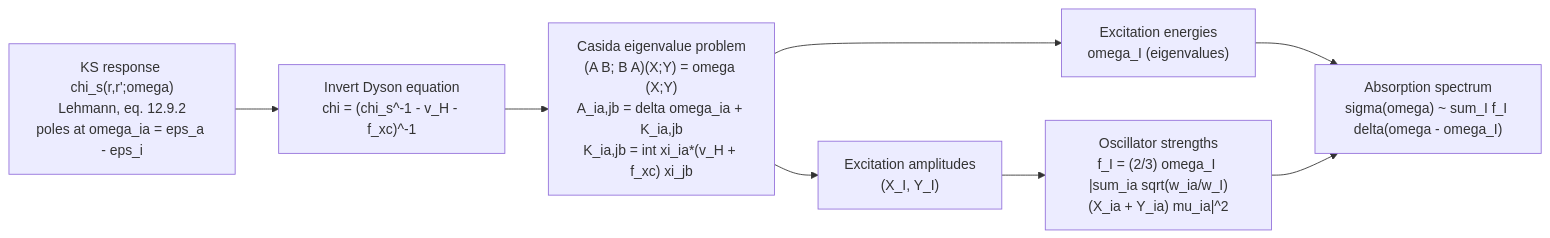
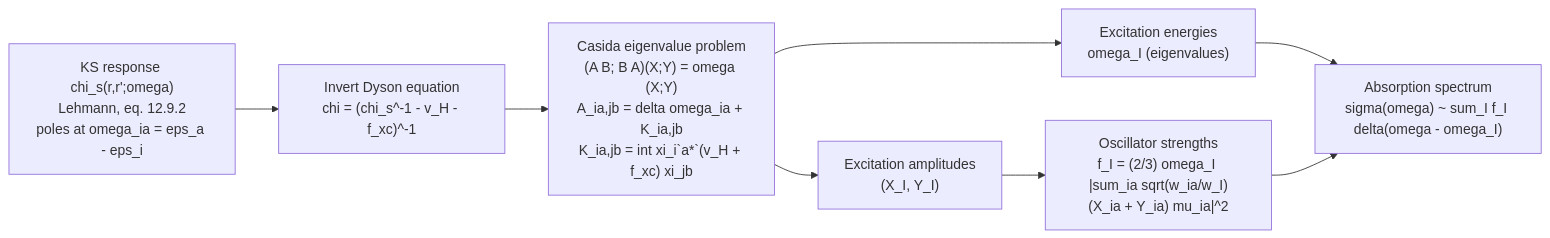
The fifth of 6 diagrams in dft_notes/chapter_12/00-tddft.md (Shuvam-Banerji-Seal/DFT-notes), drawn with Mermaid before and after one commit. The commit also changed other lines of this file and 33 other files, not shown here.

````diff
--- a/dft_notes/chapter_12/00-tddft.md
+++ b/dft_notes/chapter_12/00-tddft.md
@@ -2836,18 +2836,18 @@
 ```mermaid
 %%{init: {'flowchart': {'htmlLabels': true, 'curve': 'basis'}}}%%
 graph LR
   CHI_S["KS response chi_s(r,r';omega)<br/>Lehmann, eq. 12.9.2<br/>poles at omega_ia = eps_a - eps_i"]
   CHI_S --> SOLVE
   SOLVE["Invert Dyson equation<br/>chi = (chi_s^-1 - v_H - f_xc)^-1"]
   SOLVE --> EIG
-  EIG["Casida eigenvalue problem<br/>(A B; B A)(X;Y) = omega (X;Y)<br/>A_ia,jb = delta omega_ia + K_ia,jb<br/>K_ia,jb = int xi_ia*(v_H + f_xc) xi_jb"]
+  EIG["Casida eigenvalue problem<br/>(A B; B A)(X;Y) = omega (X;Y)<br/>A_ia,jb = delta omega_ia + K_ia,jb<br/>K_ia,jb = int xi_i`a*`(v_H + f_xc) xi_jb"]
   EIG --> OMEGA["Excitation energies<br/>omega_I (eigenvalues)"]
   EIG --> XY["Excitation amplitudes<br/>(X_I, Y_I)"]
   XY --> FOSC["Oscillator strengths<br/>f_I = (2/3) omega_I |sum_ia sqrt(w_ia/w_I)<br/>(X_ia + Y_ia) mu_ia|^2"]
   OMEGA --> SPEC["Absorption spectrum<br/>sigma(omega) ~ sum_I f_I delta(omega - omega_I)"]
   FOSC --> SPEC
 
   classDef inp fill:#eef0e6,stroke:#3a4031,color:#1c1f17;
   classDef out fill:#cc785c,stroke:#1c1f17,color:#ffffff;
   classDef step fill:#d6dcc8,stroke:#3a4031,color:#1c1f17;
 ```
````
